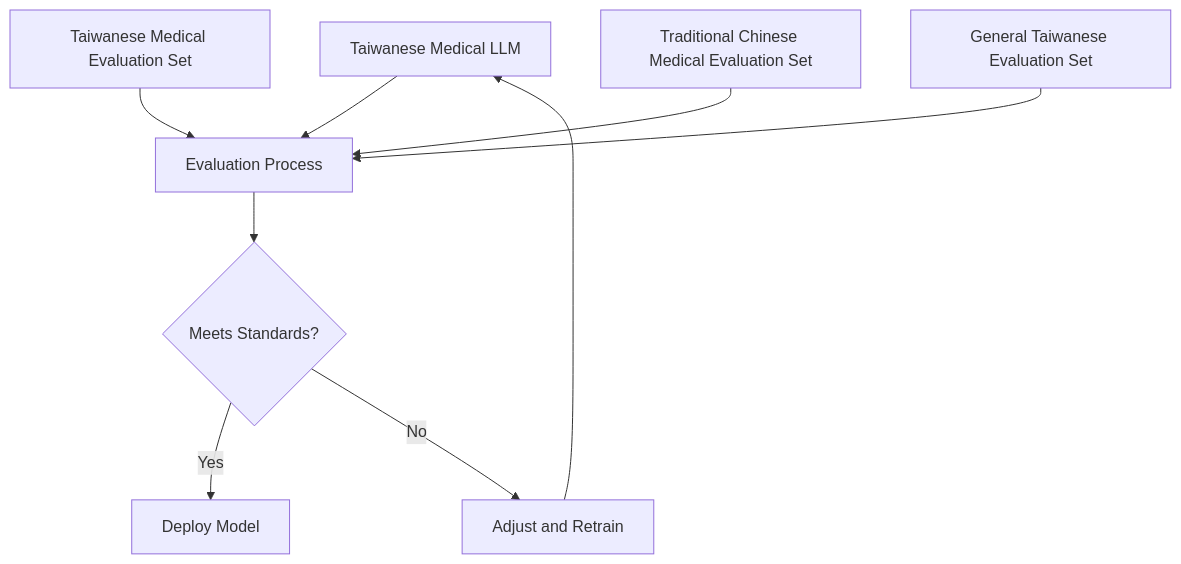
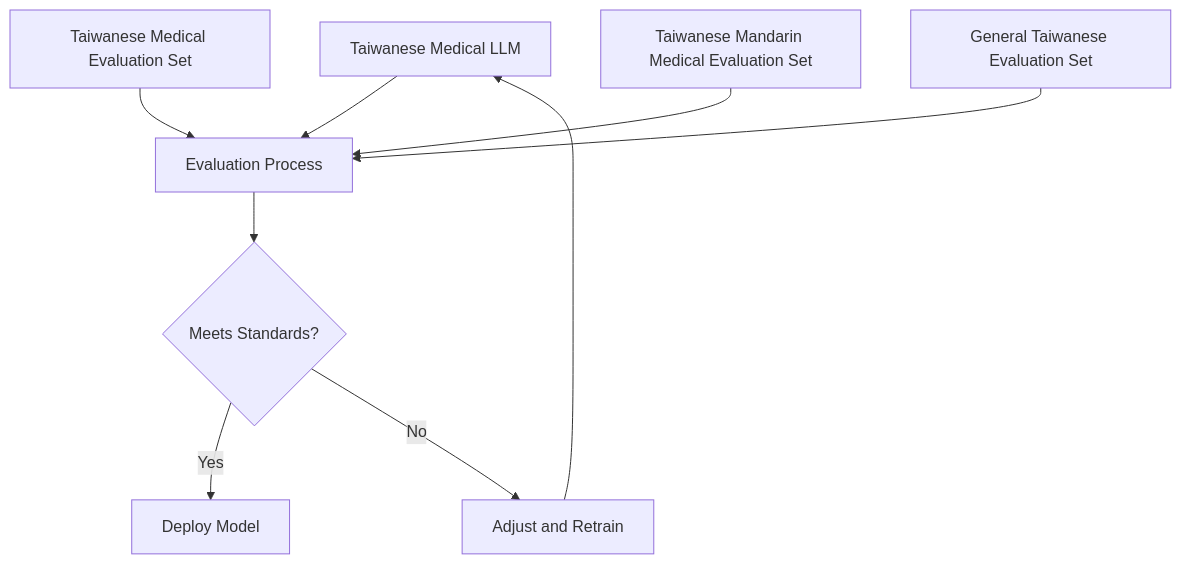
The fourth of 4 diagrams in README.md (iridiumtao/Fine-Tuning-Taiwanese-Hokkien-LLM-for-Medical-Advising), drawn with Mermaid before and after one commit. The commit also changed other lines of this file, not shown here.

Commit message:
Replaced TC to Taiwanese Mandarin

````diff
--- a/README.md
+++ b/README.md
@@ -93,12 +93,12 @@
 ```mermaid
 flowchart TD
     A[Taiwanese Medical LLM] --> B[Evaluation Process]
     B --> C{Meets Standards?}
     C -->|Yes| D[Deploy Model]
     C -->|No| E[Adjust and Retrain]
     E --> A
     
     F[Taiwanese Medical Evaluation Set] --> B
-    G[Traditional Chinese Medical Evaluation Set] --> B
+    G[Taiwanese Mandarin Medical Evaluation Set] --> B
     H[General Taiwanese Evaluation Set] --> B
 ```
````
